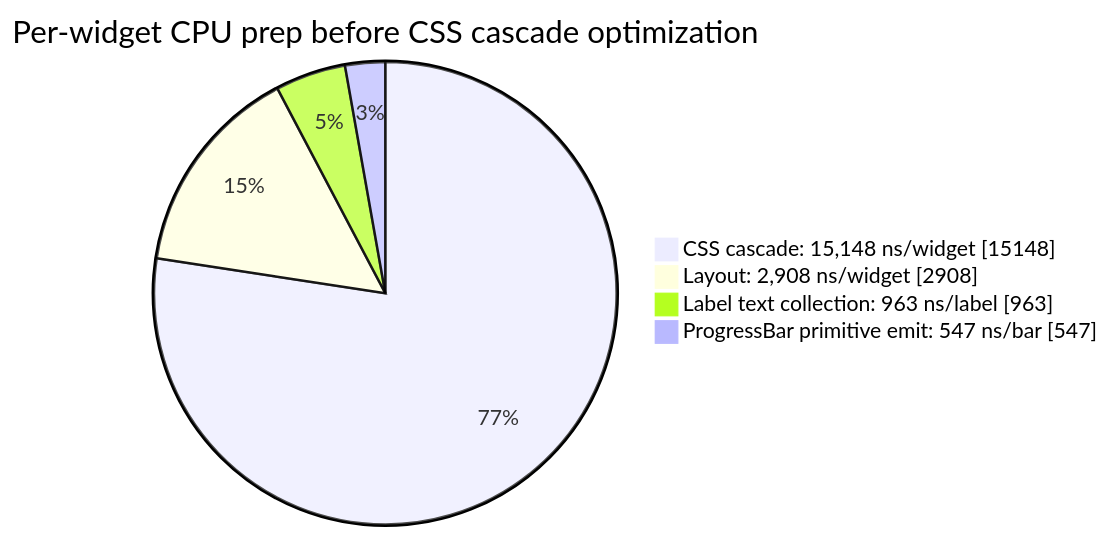
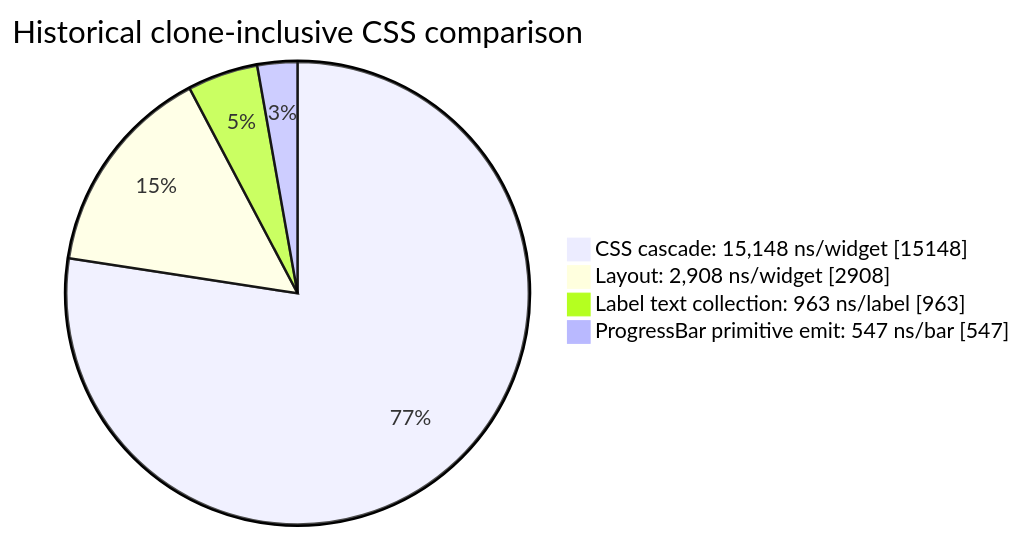
The second of 6 diagrams in docs/dragon-gui-benchmark-pie-charts.md (NKocur/DragonGui), drawn with Mermaid before and after one commit. The commit also changed other lines of this file and 14 other files, not shown here.

````diff
--- a/docs/dragon-gui-benchmark-pie-charts.md
+++ b/docs/dragon-gui-benchmark-pie-charts.md
@@ -24,8 +26,8 @@
 ```mermaid
 pie showData
-    title Per-widget CPU prep before CSS cascade optimization
+    title Historical clone-inclusive CSS comparison
     "CSS cascade: 15,148 ns/widget" : 15148
     "Layout: 2,908 ns/widget" : 2908
     "Label text collection: 963 ns/label" : 963
     "ProgressBar primitive emit: 547 ns/bar" : 547
 ```
````
